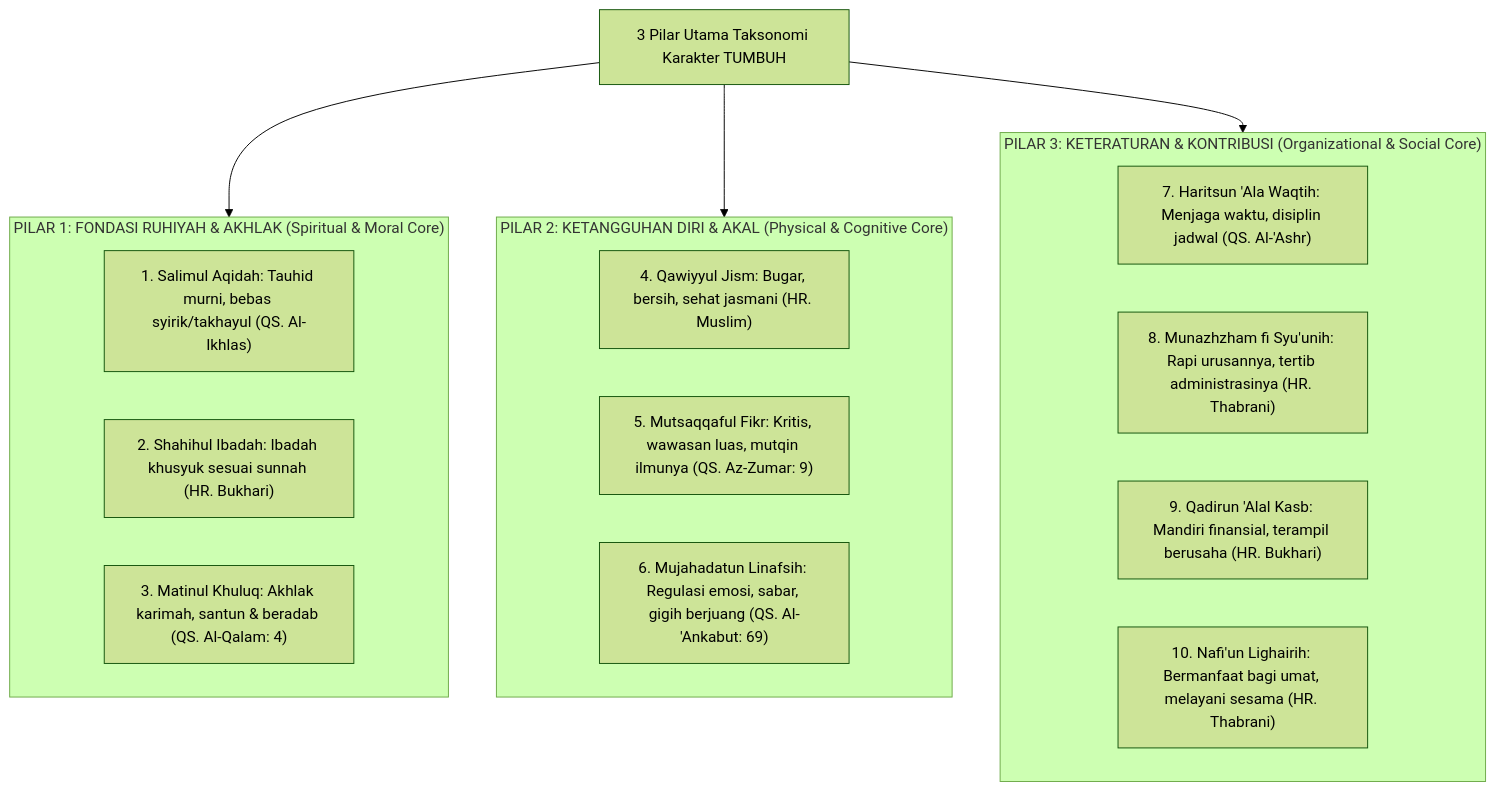
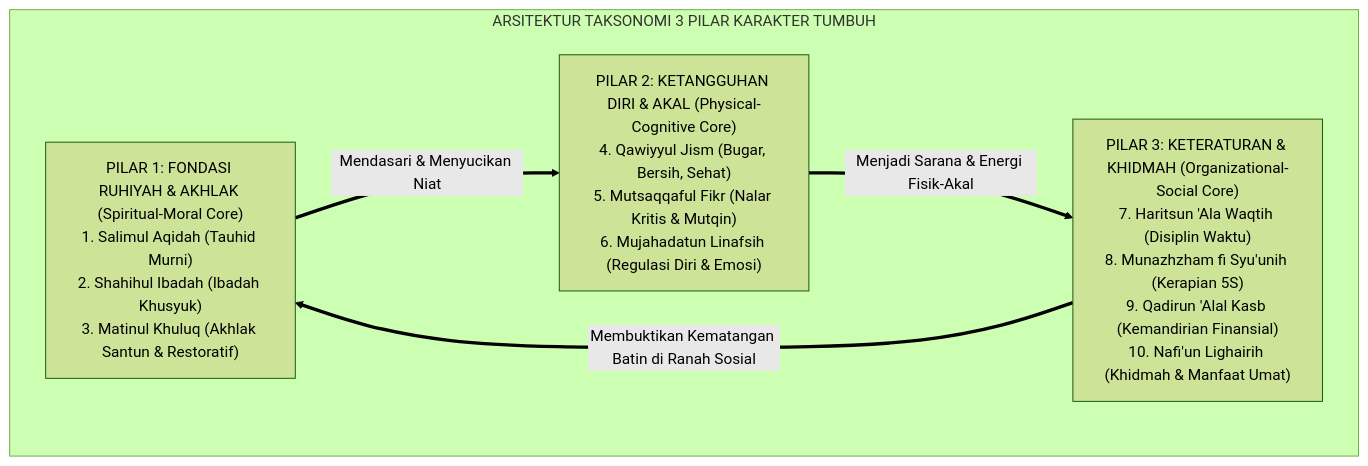
Before and after one commit to wandiapriliyandi/tumbuh: the first of 4 diagrams in 03 Capacity Framework/02 Character Architecture/P3-02-01-Taksonomi-3-Pilar-Utama-Karakter.md, drawn with Mermaid (forest theme). The commit also changed other lines of this file and 25 other files, not shown here.

````diff
--- a/03 Capacity Framework/02 Character Architecture/P3-02-01-Taksonomi-3-Pilar-Utama-Karakter.md
+++ b/03 Capacity Framework/02 Character Architecture/P3-02-01-Taksonomi-3-Pilar-Utama-Karakter.md
@@ -10,27 +55,14 @@
 ```mermaid
-graph TD
-    Pilar["3 Pilar Utama Taksonomi Karakter TUMBUH"]
-    
-    subgraph Pilar_1["PILAR 1: FONDASI RUHIYAH & AKHLAK (Spiritual & Moral Core)"]
-        K1["1. Salimul Aqidah: Tauhid murni, bebas syirik/takhayul (QS. Al-Ikhlas)"]
-        K2["2. Shahihul Ibadah: Ibadah khusyuk sesuai sunnah (HR. Bukhari)"]
-        K3["3. Matinul Khuluq: Akhlak karimah, santun & beradab (QS. Al-Qalam: 4)"]
+flowchart TD
+    subgraph Taksonomi3PilarTUMBUH["ARSITEKTUR TAKSONOMI 3 PILAR KARAKTER TUMBUH"]
+        Pilar1["PILAR 1: FONDASI RUHIYAH & AKHLAK (Spiritual-Moral Core)<br/>1. Salimul Aqidah (Tauhid Murni)<br/>2. Shahihul Ibadah (Ibadah Khusyuk)<br/>3. Matinul Khuluq (Akhlak Santun & Restoratif)"]
+        
+        Pilar2["PILAR 2: KETANGGUHAN DIRI & AKAL (Physical-Cognitive Core)<br/>4. Qawiyyul Jism (Bugar, Bersih, Sehat)<br/>5. Mutsaqqaful Fikr (Nalar Kritis & Mutqin)<br/>6. Mujahadatun Linafsih (Regulasi Diri & Emosi)"]
+        
+        Pilar3["PILAR 3: KETERATURAN & KHIDMAH (Organizational-Social Core)<br/>7. Haritsun 'Ala Waqtih (Disiplin Waktu)<br/>8. Munazhzham fi Syu'unih (Kerapian 5S)<br/>9. Qadirun 'Alal Kasb (Kemandirian Finansial)<br/>10. Nafi'un Lighairih (Khidmah & Manfaat Umat)"]
+        
+        Pilar1 ==>|Mendasari & Menyucikan Niat| Pilar2
+        Pilar2 ==>|Menjadi Sarana & Energi Fisik-Akal| Pilar3
+        Pilar3 ==>|Membuktikan Kematangan Batin di Ranah Sosial| Pilar1
     end
-    
-    subgraph Pilar_2["PILAR 2: KETANGGUHAN DIRI & AKAL (Physical & Cognitive Core)"]
-        K4["4. Qawiyyul Jism: Bugar, bersih, sehat jasmani (HR. Muslim)"]
-        K5["5. Mutsaqqaful Fikr: Kritis, wawasan luas, mutqin ilmunya (QS. Az-Zumar: 9)"]
-        K6["6. Mujahadatun Linafsih: Regulasi emosi, sabar, gigih berjuang (QS. Al-'Ankabut: 69)"]
-    end
-    
-    subgraph Pilar_3["PILAR 3: KETERATURAN & KONTRIBUSI (Organizational & Social Core)"]
-        K7["7. Haritsun 'Ala Waqtih: Menjaga waktu, disiplin jadwal (QS. Al-'Ashr)"]
-        K8["8. Munazhzham fi Syu'unih: Rapi urusannya, tertib administrasinya (HR. Thabrani)"]
-        K9["9. Qadirun 'Alal Kasb: Mandiri finansial, terampil berusaha (HR. Bukhari)"]
-        K10["10. Nafi'un Lighairih: Bermanfaat bagi umat, melayani sesama (HR. Thabrani)"]
-    end
-
-    Pilar --> Pilar_1
-    Pilar --> Pilar_2
-    Pilar --> Pilar_3
 ```
````
